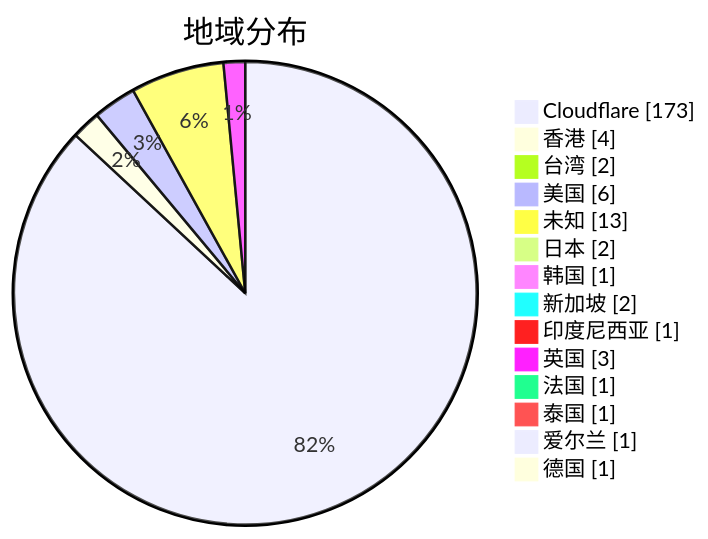
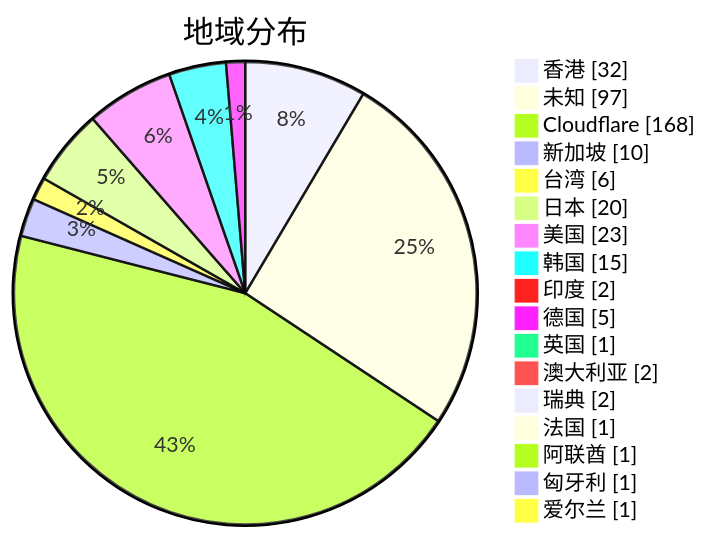
Before and after one commit to qjlxg/airport: the second of 3 diagrams in subs/statistics/tested_within.md, drawn with Mermaid. The commit also changed other lines of this file and 2 other files, not shown here.

Commit message:
Tested by metaST

````diff
--- a/subs/statistics/tested_within.md
+++ b/subs/statistics/tested_within.md
@@ -12,18 +14,21 @@
 ```mermaid
 pie showData
 title 地域分布
-"Cloudflare" : 173
-"香港" : 4
-"台湾" : 2
-"美国" : 6
-"未知" : 13
-"日本" : 2
-"韩国" : 1
-"新加坡" : 2
-"印度尼西亚" : 1
-"英国" : 3
+"香港" : 32
+"未知" : 97
+"Cloudflare" : 168
+"新加坡" : 10
+"台湾" : 6
+"日本" : 20
+"美国" : 23
+"韩国" : 15
+"印度" : 2
+"德国" : 5
+"英国" : 1
+"澳大利亚" : 2
+"瑞典" : 2
 "法国" : 1
-"泰国" : 1
+"阿联酋" : 1
+"匈牙利" : 1
 "爱尔兰" : 1
-"德国" : 1
 ```
````
